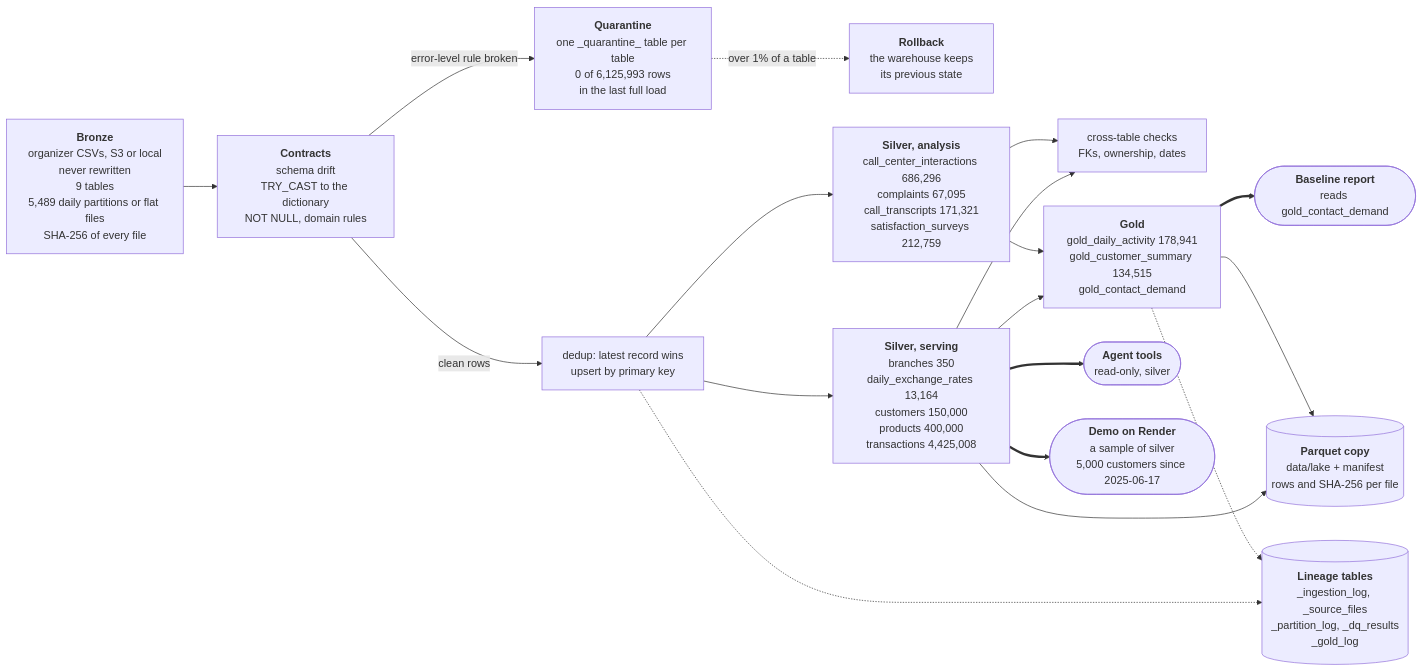
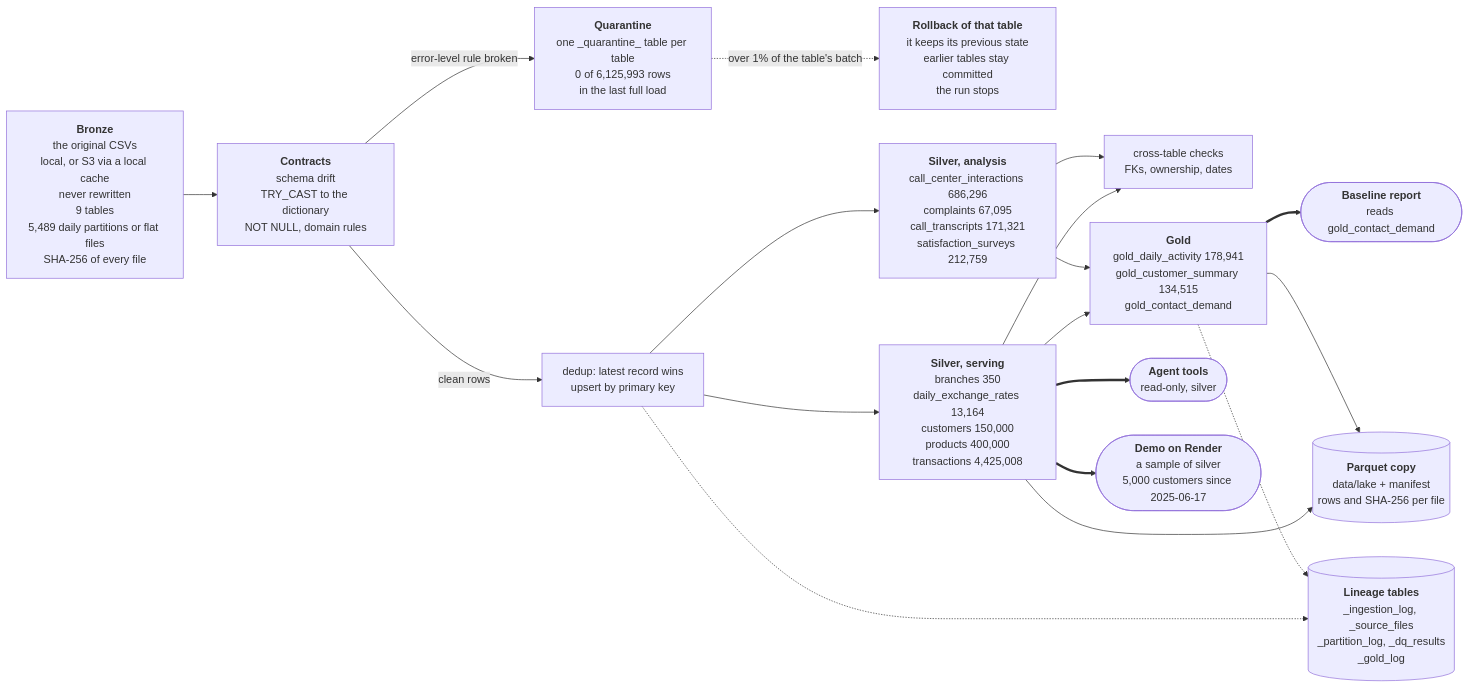
The diagram in docs/DATA.md (try-cecilia/factored-hackathon-2026-cecilia), drawn with Mermaid before and after one commit. The commit also changed other lines of this file and 3 other files, not shown here.

First line of the commit message:
DATA.md: precisión del rollback, el as-of y bronze; lectores sin distinguir mayúsculas

````diff
--- a/docs/DATA.md
+++ b/docs/DATA.md
@@ -9,21 +18,21 @@
 ```mermaid
 flowchart LR
-  B["<b>Bronze</b><br>organizer CSVs, S3 or local<br>never rewritten<br>9 tables<br>5,489 daily partitions or flat files<br>SHA-256 of every file"]
+  B["<b>Bronze</b><br>the original CSVs<br>local, or S3 via a local cache<br>never rewritten<br>9 tables<br>5,489 daily partitions or flat files<br>SHA-256 of every file"]
   B --> C["<b>Contracts</b><br>schema drift<br>TRY_CAST to the dictionary<br>NOT NULL, domain rules"]
   C -- "error-level rule broken" --> Q["<b>Quarantine</b><br>one _quarantine_ table per table<br>0 of 6,125,993 rows<br>in the last full load"]
-  Q -. "over 1% of a table" .-> RB["<b>Rollback</b><br>the warehouse keeps<br>its previous state"]
+  Q -. "over 1% of the table's batch" .-> RB["<b>Rollback of that table</b><br>it keeps its previous state<br>earlier tables stay committed<br>the run stops"]
   C -- "clean rows" --> D["dedup: latest record wins<br>upsert by primary key"]
   D --> SS["<b>Silver, serving</b><br>branches 350<br>daily_exchange_rates 13,164<br>customers 150,000<br>products 400,000<br>transactions 4,425,008"]
   D --> SA["<b>Silver, analysis</b><br>call_center_interactions 686,296<br>complaints 67,095<br>call_transcripts 171,321<br>satisfaction_surveys 212,759"]
   SS --> X["cross-table checks<br>FKs, ownership, dates"]
   SA --> X
   SS --> G["<b>Gold</b><br>gold_daily_activity 178,941<br>gold_customer_summary 134,515<br>gold_contact_demand"]
   SA --> G
   SS ==> AG(["<b>Agent tools</b><br>read-only, silver"])
   SS ==> DM(["<b>Demo on Render</b><br>a sample of silver<br>5,000 customers since 2025-06-17"])
   G ==> AN(["<b>Baseline report</b><br>reads gold_contact_demand"])
   SS --> PQ[("<b>Parquet copy</b><br>data/lake + manifest<br>rows and SHA-256 per file")]
   G --> PQ
   D -.-> LN[("<b>Lineage tables</b><br>_ingestion_log, _source_files<br>_partition_log, _dq_results<br>_gold_log")]
   G -.-> LN
 ```
````
